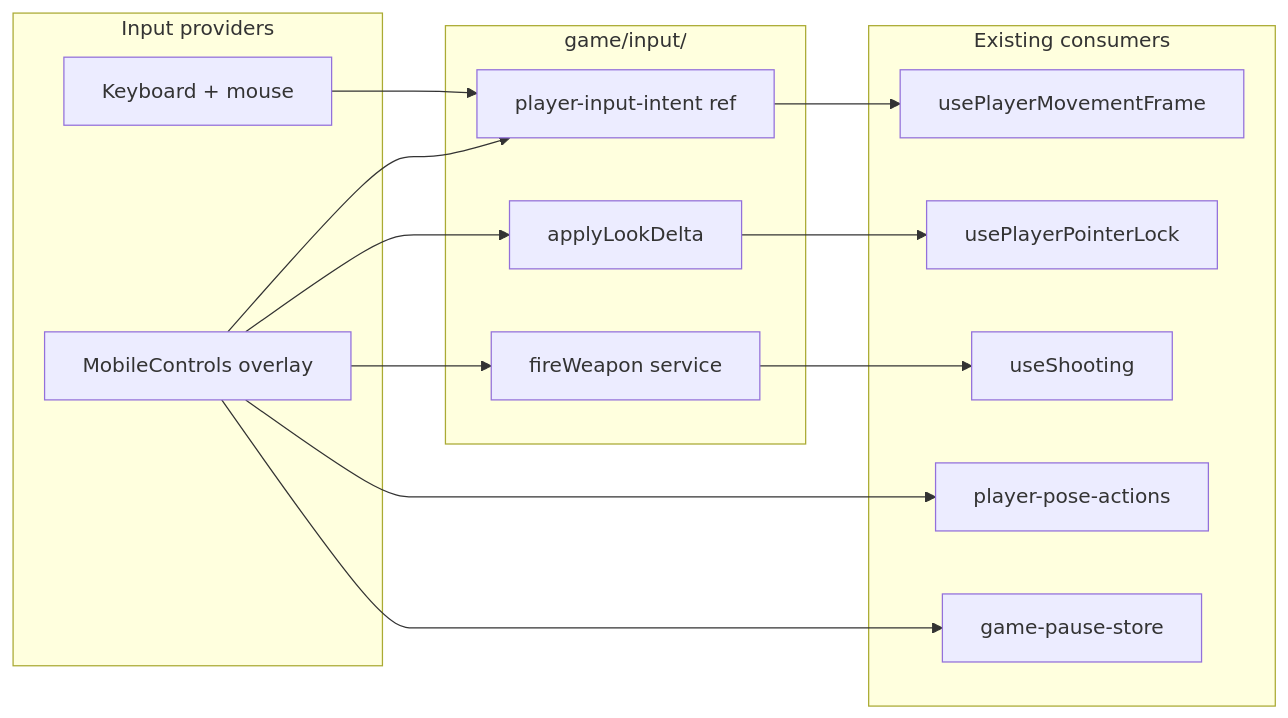
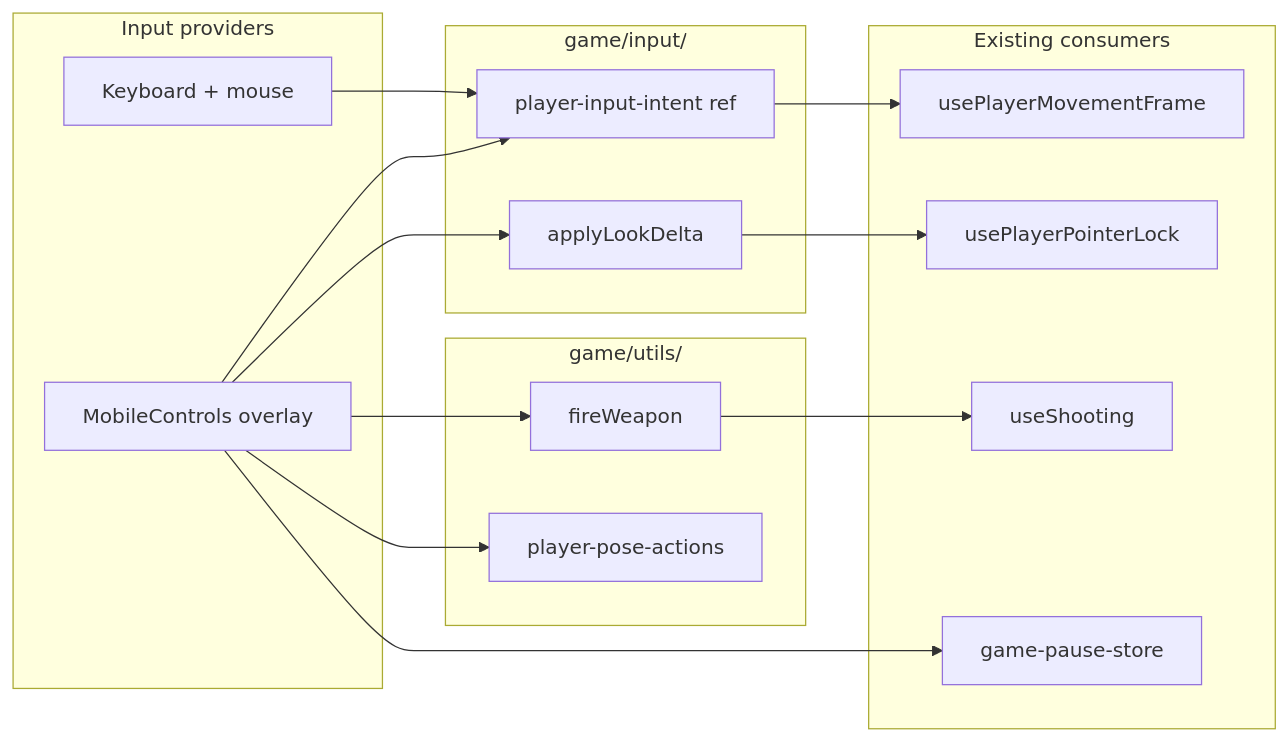
One commit to MaxiGarcia13/conter-strai changed the diagram in specs/us-12/design.md. Above: the diagram before and after it, drawn with Mermaid. The commit also changed other lines of this file and 5 other files, not shown here.

Commit message:
refactor: Move fireWeapon functionality to utils and update related components; adjust requirements and tasks documentation accordingly

````diff
--- a/specs/us-12/design.md
+++ b/specs/us-12/design.md
@@ -16,31 +16,34 @@
 ```mermaid
 flowchart LR
   subgraph providers [Input providers]
     KB[Keyboard + mouse]
     Touch[MobileControls overlay]
   end
 
   subgraph intent [game/input/]
     Ref[player-input-intent ref]
     LookUtil[applyLookDelta]
-    FireSvc[fireWeapon service]
+  end
+
+  subgraph helpers [game/utils/]
+    FireUtil[fireWeapon]
+    Pose[player-pose-actions]
   end
 
   subgraph consumers [Existing consumers]
     MF[usePlayerMovementFrame]
     PL[usePlayerPointerLock]
     Shoot[useShooting]
-    Pose[player-pose-actions]
     Pause[game-pause-store]
   end
 
   KB --> Ref
   Touch --> Ref
   Touch --> LookUtil
-  Touch --> FireSvc
+  Touch --> FireUtil
   Touch --> Pose
   Touch --> Pause
   Ref --> MF
   LookUtil --> PL
-  FireSvc --> Shoot
+  FireUtil --> Shoot
 ```
````
